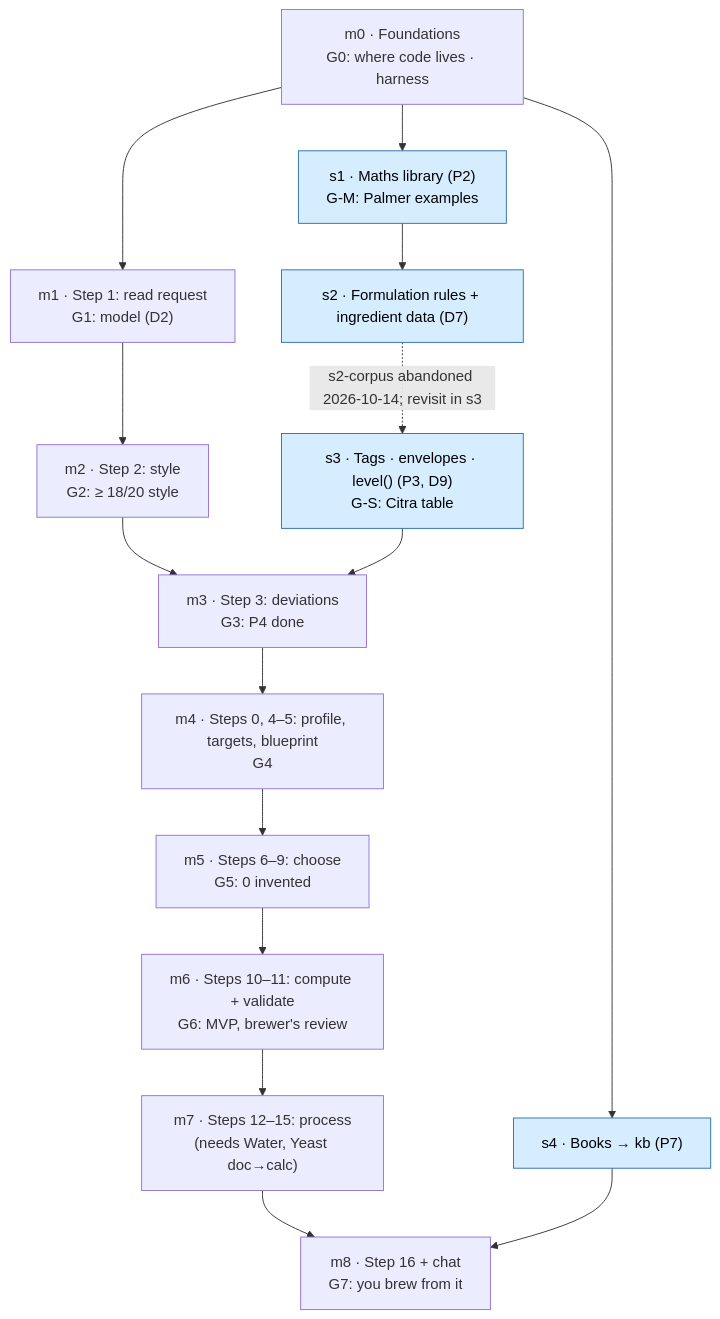
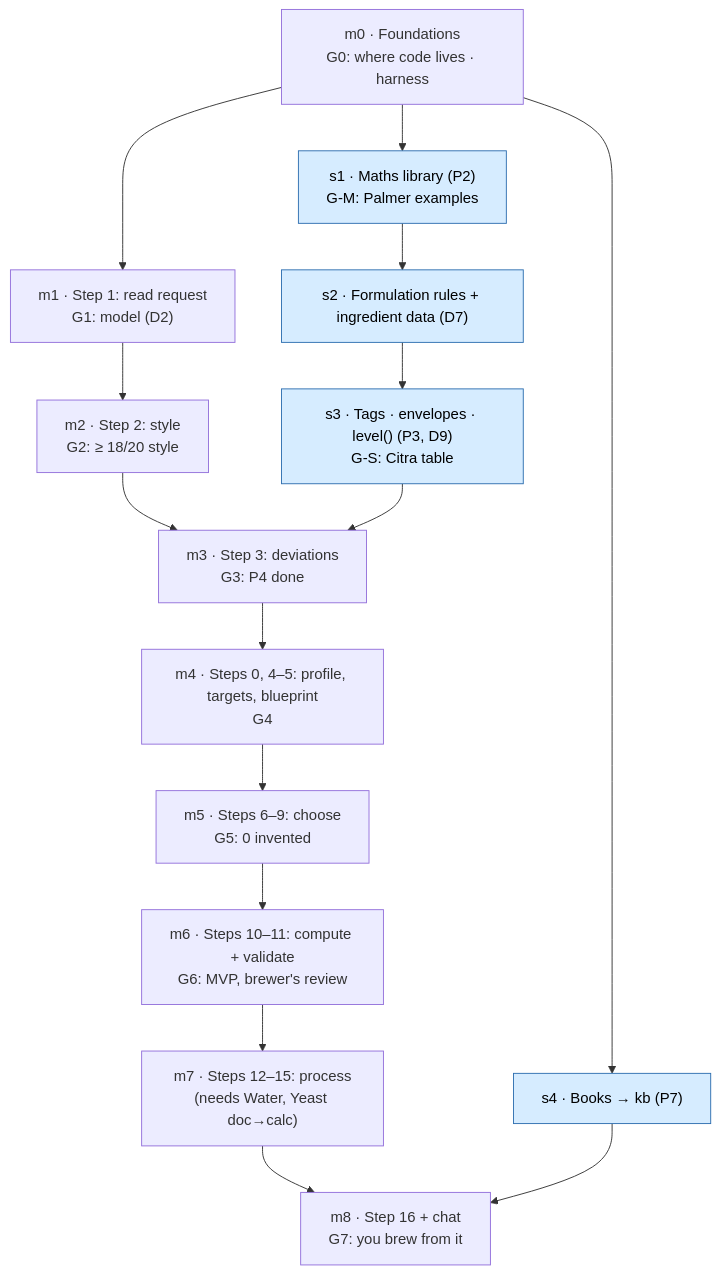
Before and after one commit to badacsonyigorenyember/homebrew_ai: the diagram in docs/WORKFLOW-ROADMAP.md, drawn with Mermaid. The commit also changed other lines of this file and 5 other files, not shown here.

````diff
--- a/docs/WORKFLOW-ROADMAP.md
+++ b/docs/WORKFLOW-ROADMAP.md
@@ -28,20 +28,20 @@
 ```mermaid
 flowchart TD
     M0["m0 · Foundations<br/>G0: where code lives · harness"] --> M1 & S1 & S4
     M1["m1 · Step 1: read request<br/>G1: model (D2)"] --> M2
     M2["m2 · Step 2: style<br/>G2: ≥ 18/20 style"] --> M3
     S1["s1 · Maths library (P2)<br/>G-M: Palmer examples"] --> S2
     S2["s2 · Formulation rules + ingredient data (D7)"]
-    S2 -. "s2-corpus abandoned 2026-10-14; revisit in s3" .-> S3
+    S2 --> S3
     S3["s3 · Tags · envelopes · level() (P3, D9)<br/>G-S: Citra table"] --> M3
     M3["m3 · Step 3: deviations<br/>G3: P4 done"] --> M4
     M4["m4 · Steps 0, 4–5: profile, targets, blueprint<br/>G4"] --> M5
     M5["m5 · Steps 6–9: choose<br/>G5: 0 invented"] --> M6
     M6["m6 · Steps 10–11: compute + validate<br/>G6: MVP, brewer's review"] --> M7
     M7["m7 · Steps 12–15: process<br/>(needs Water, Yeast doc→calc)"] --> M8
     S4["s4 · Books → kb (P7)"] --> M8
     M8["m8 · Step 16 + chat<br/>G7: you brew from it"]
 
     classDef side fill:#d6ecff,stroke:#2f6fb0,color:#000
     class S1,S2,S3,S4 side
 ```
````
